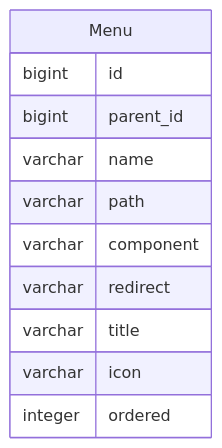
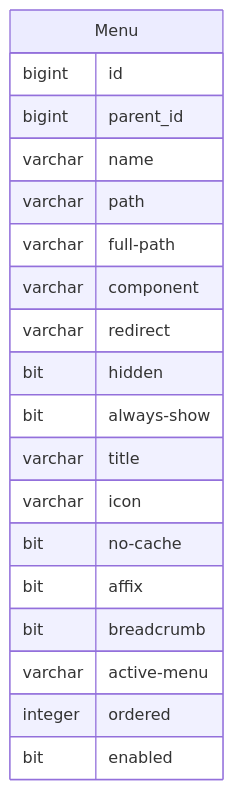
The diagram in docs/1.develop/1.6.menu.md (mrzhqiang/rowing), drawn with Mermaid before and after one commit. The commit also changed other lines of this file and 34 other files, not shown here.

````diff
--- a/docs/1.develop/1.6.menu.md
+++ b/docs/1.develop/1.6.menu.md
@@ -14,14 +20,22 @@
 ```mermaid
 erDiagram
     Menu {
         bigint     id
         bigint     parent_id
         varchar    name
         varchar    path
+        varchar    full-path
         varchar    component
         varchar    redirect
+        bit        hidden
+        bit        always-show
         varchar    title
         varchar    icon
+        bit        no-cache
+        bit        affix
+        bit        breadcrumb
+        varchar    active-menu
         integer    ordered
+        bit        enabled
     }
 ```
````
